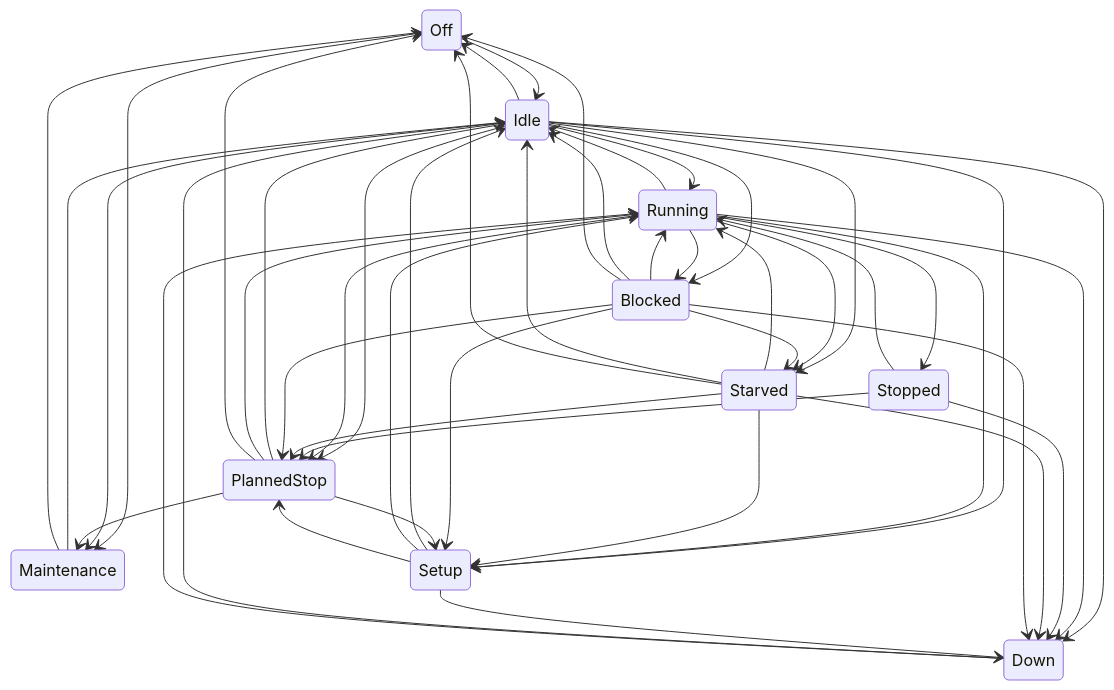
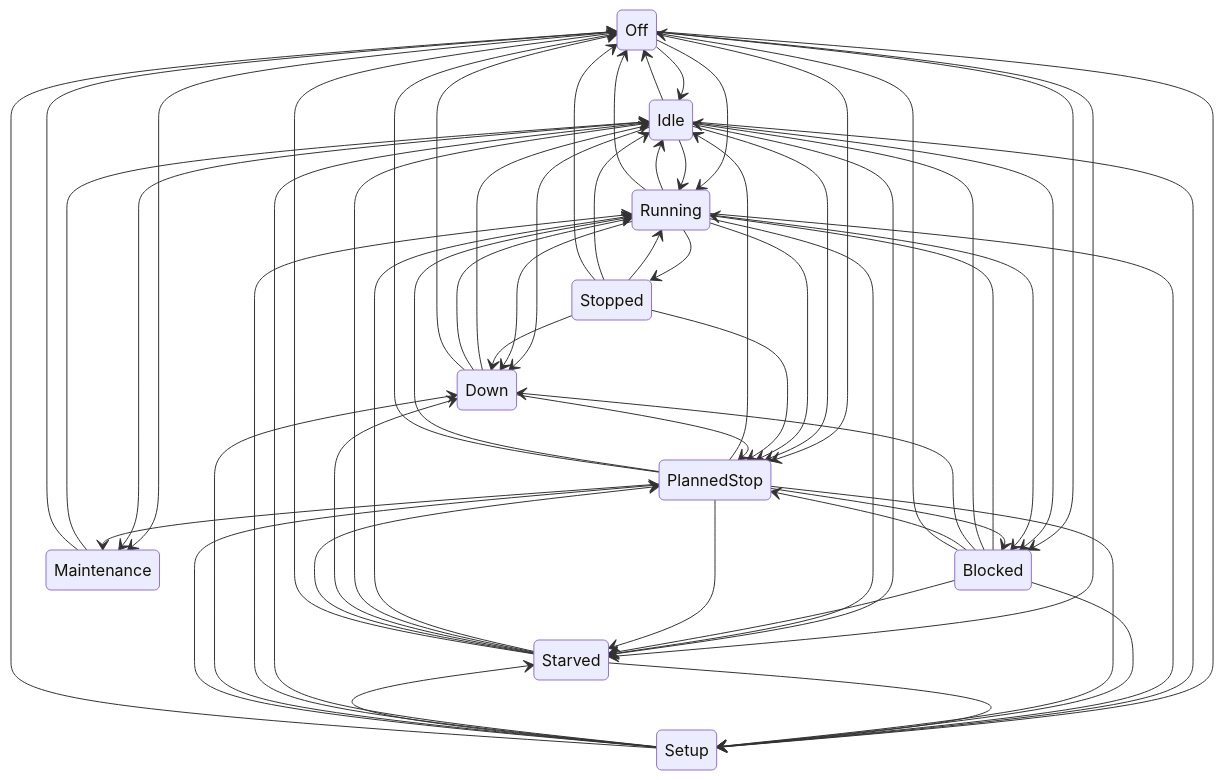
The diagram in docs/simulation-model.md (kubilayture/shopfloor-twin), drawn with Mermaid before and after one commit. The commit also changed other lines of this file and 19 other files, not shown here.

````diff
--- a/docs/simulation-model.md
+++ b/docs/simulation-model.md
@@ -24,49 +24,63 @@
 ```mermaid
 stateDiagram-v2
   Off --> Idle
+  Off --> Running
+  Off --> Starved
+  Off --> Blocked
+  Off --> Setup
+  Off --> PlannedStop
   Off --> Maintenance
   Idle --> Running
   Idle --> Starved
   Idle --> Blocked
   Idle --> Setup
   Idle --> Down
   Idle --> PlannedStop
   Idle --> Maintenance
   Idle --> Off
   Running --> Idle
   Running --> Stopped
   Running --> Starved
   Running --> Blocked
+  Running --> Setup
   Running --> Down
-  Running --> Setup
   Running --> PlannedStop
+  Running --> Off
   Stopped --> Running
+  Stopped --> Idle
   Stopped --> Down
   Stopped --> PlannedStop
+  Stopped --> Off
   Starved --> Running
   Starved --> Idle
   Starved --> Setup
   Starved --> Down
   Starved --> PlannedStop
   Starved --> Off
   Blocked --> Running
   Blocked --> Idle
   Blocked --> Starved
   Blocked --> Setup
   Blocked --> Down
   Blocked --> PlannedStop
   Blocked --> Off
   Setup --> Idle
   Setup --> Running
+  Setup --> Starved
   Setup --> Down
   Setup --> PlannedStop
+  Setup --> Off
   Down --> Idle
   Down --> Running
+  Down --> PlannedStop
+  Down --> Off
   PlannedStop --> Idle
   PlannedStop --> Running
+  PlannedStop --> Starved
+  PlannedStop --> Blocked
   PlannedStop --> Setup
   PlannedStop --> Maintenance
   PlannedStop --> Off
   Maintenance --> Idle
   Maintenance --> Off
 ```
````
